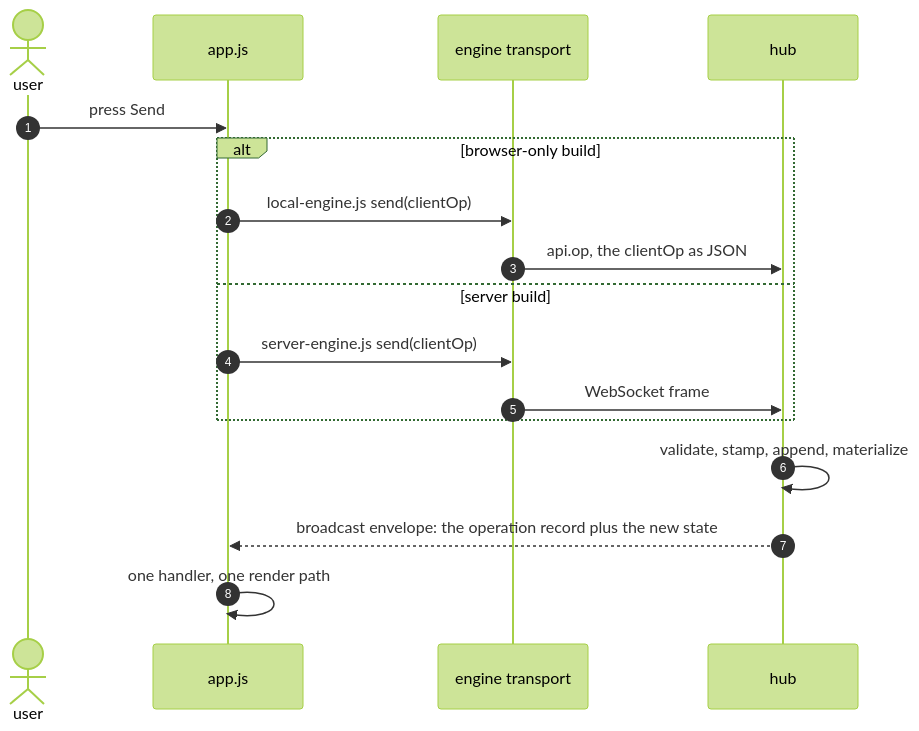
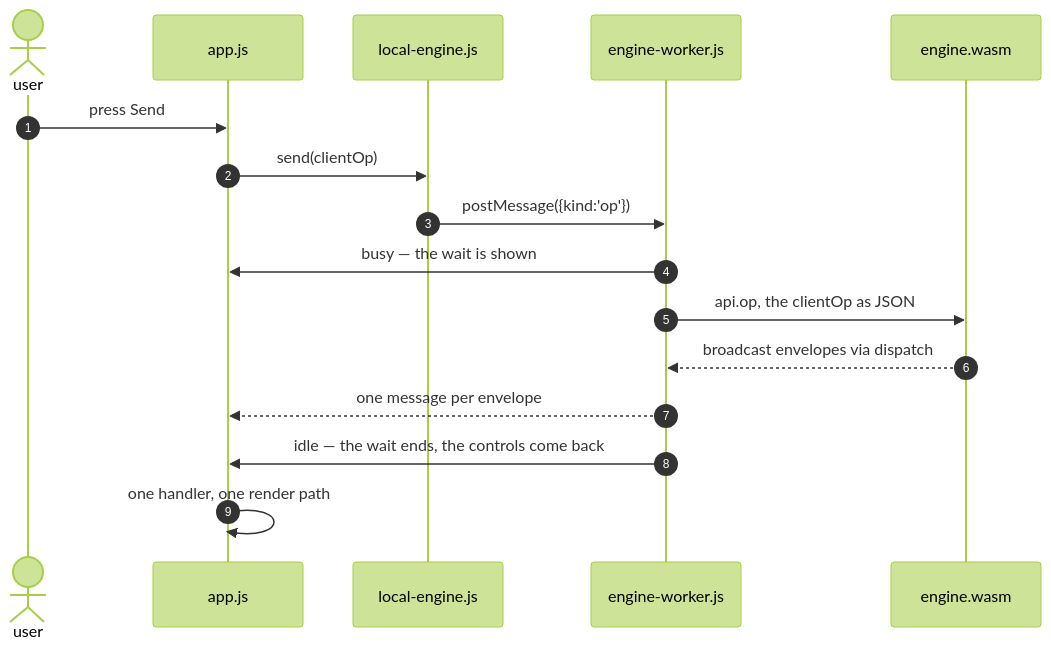
One commit to d-led/eventfulranges changed the fifth of 8 diagrams in docs/WASM.md. Above: the diagram before and after it, drawn with Mermaid (forest theme). The commit also changed other lines of this file and 18 other files, not shown here.

First line of the commit message:
perf(web,space): fold the wasm engine in a worker and index merge candidates

````diff
--- a/docs/WASM.md
+++ b/docs/WASM.md
@@ -136,20 +161,19 @@
 ```mermaid
 sequenceDiagram
   autonumber
   actor U as user
   participant P as app.js
-  participant T as engine transport
-  participant E as hub
+  participant T as local-engine.js
+  participant W as engine-worker.js
+  participant E as engine.wasm
 
   U->>P: press Send
-  alt browser-only build
-    P->>T: local-engine.js send(clientOp)
-    T->>E: api.op, the clientOp as JSON
-  else server build
-    P->>T: server-engine.js send(clientOp)
-    T->>E: WebSocket frame
-  end
-  E->>E: validate, stamp, append, materialize
-  E-->>P: broadcast envelope: the operation record plus the new state
+  P->>T: send(clientOp)
+  T->>W: postMessage({kind:'op'})
+  W->>P: busy — the wait is shown
+  W->>E: api.op, the clientOp as JSON
+  E-->>W: broadcast envelopes via dispatch
+  W-->>P: one message per envelope
+  W->>P: idle — the wait ends, the controls come back
   P->>P: one handler, one render path
 ```
````
